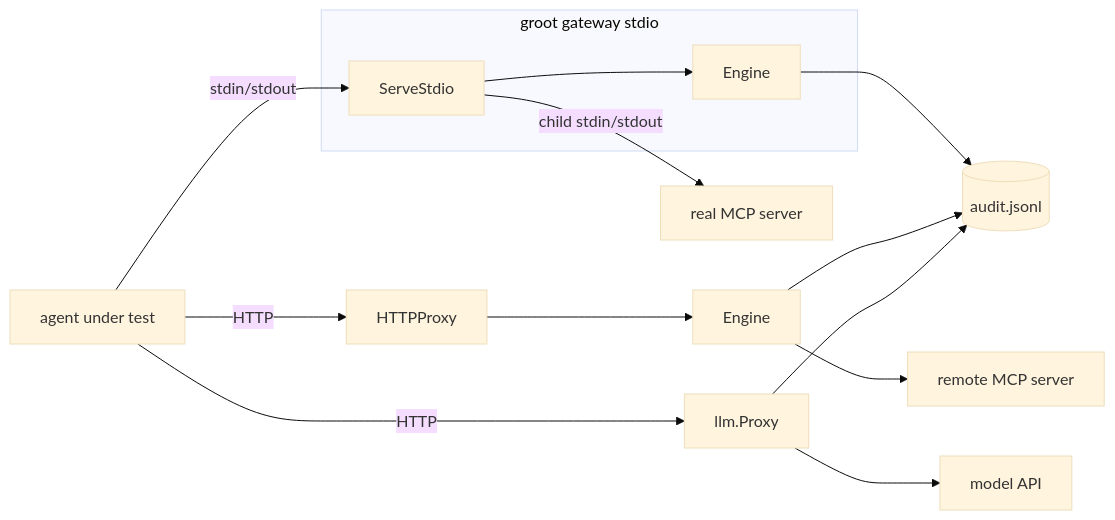
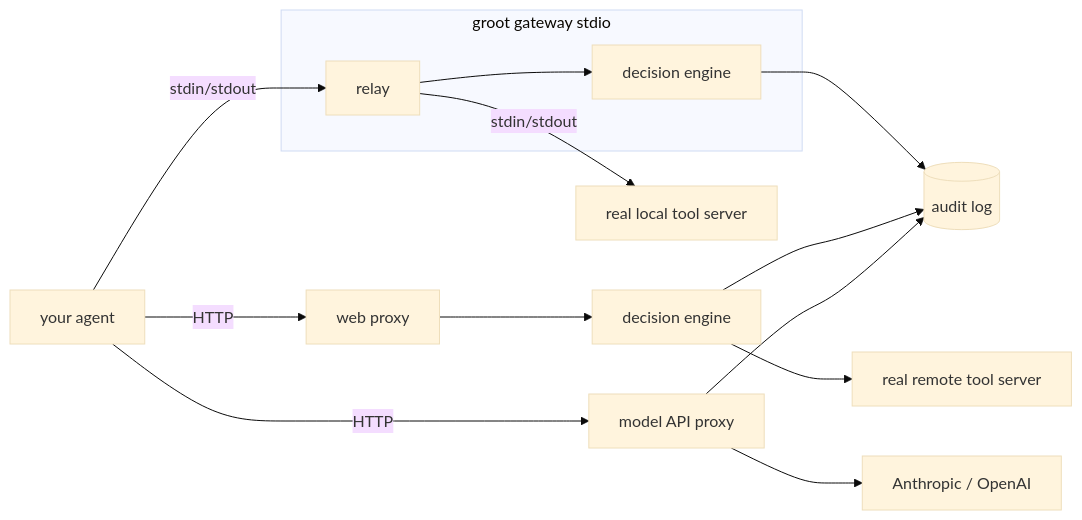
Before and after one commit to attckus/attckus: the first of 2 diagrams in docs/design/gateway.md, drawn with Mermaid (base theme). The commit also changed other lines of this file and 9 other files, not shown here.

````diff
--- a/docs/design/gateway.md
+++ b/docs/design/gateway.md
@@ -13,13 +20,13 @@
 ```mermaid
 flowchart LR
-  agent[agent under test] -- stdin/stdout --> relay
+  agent[your agent] -- stdin/stdout --> relay
   subgraph stdio[groot gateway stdio]
-    relay[ServeStdio] --> eng[Engine]
+    relay[relay] --> eng[decision engine]
   end
-  relay -- child stdin/stdout --> server[real MCP server]
-  agent -- HTTP --> http[HTTPProxy] --> eng2[Engine] --> remote[remote MCP server]
-  agent -- HTTP --> llm[llm.Proxy] --> api[model API]
-  eng --> log[(audit.jsonl)]
+  relay -- stdin/stdout --> server[real local tool server]
+  agent -- HTTP --> http[web proxy] --> eng2[decision engine] --> remote[real remote tool server]
+  agent -- HTTP --> llm[model API proxy] --> api[Anthropic / OpenAI]
+  eng --> log[(audit log)]
   eng2 --> log
   llm --> log
 ```
````
